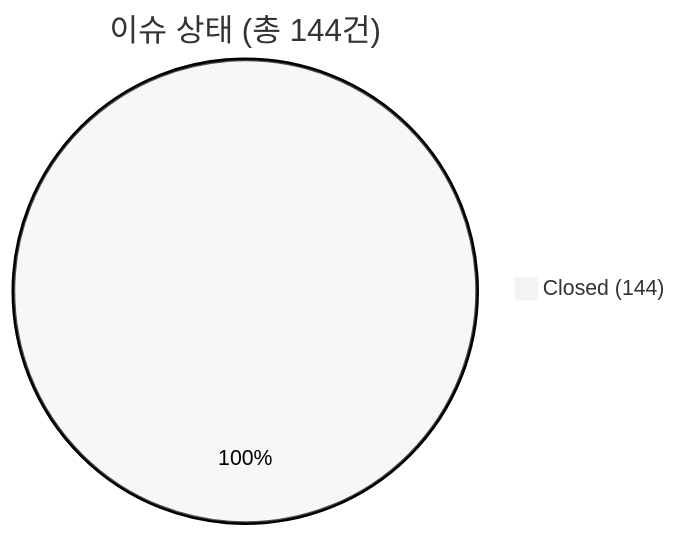
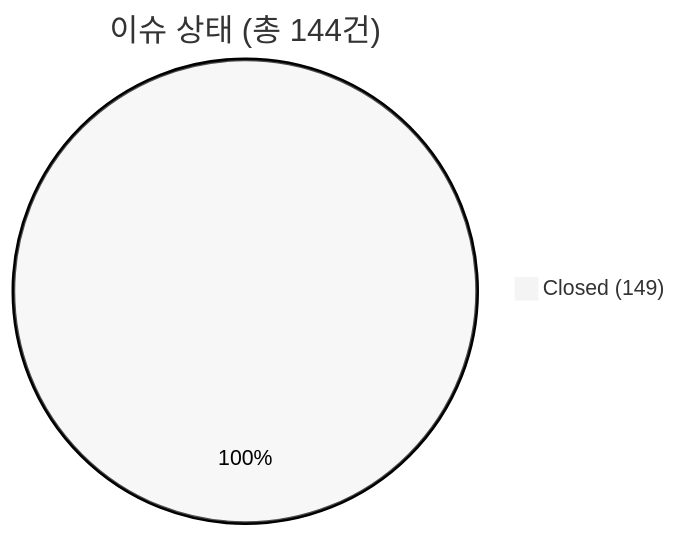
One commit to holee9/MD-process changed the first of 3 diagrams in README.md. Above: the diagram before and after it, drawn with Mermaid (neutral theme). The commit also changed other lines of this file and 1 other file, not shown here.

````diff
--- a/README.md
+++ b/README.md
@@ -129,4 +129,4 @@
 ```mermaid
 pie title 이슈 상태 (총 144건)
-    "Closed (144)" : 144
+    "Closed (149)" : 149
 ```
````
